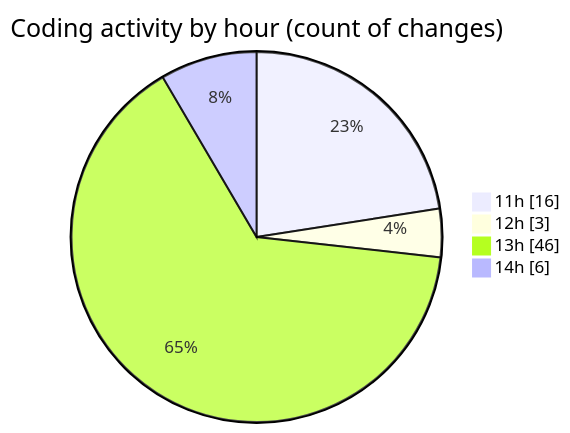
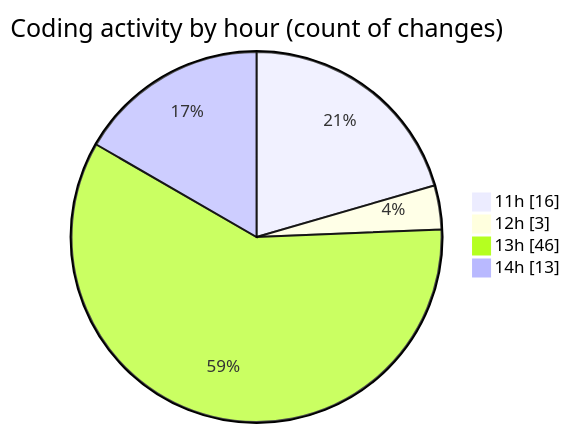
The second of 2 diagrams in 2025-07-08/argos/README.md (nxtqubesakshisongat/code-tracking), drawn with Mermaid before and after one commit. The commit also changed other lines of this file and 1 other file, not shown here.

````diff
--- a/2025-07-08/argos/README.md
+++ b/2025-07-08/argos/README.md
@@ -33,8 +33,8 @@
 ```mermaid
 pie showData
 title Coding activity by hour (count of changes)
 "11h" : 16
 "12h" : 3
 "13h" : 46
-"14h" : 6
+"14h" : 13
 ```
````
